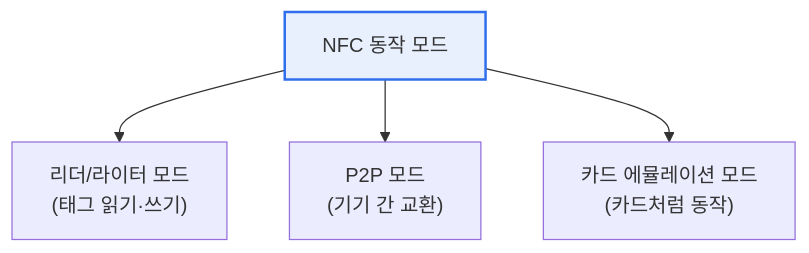
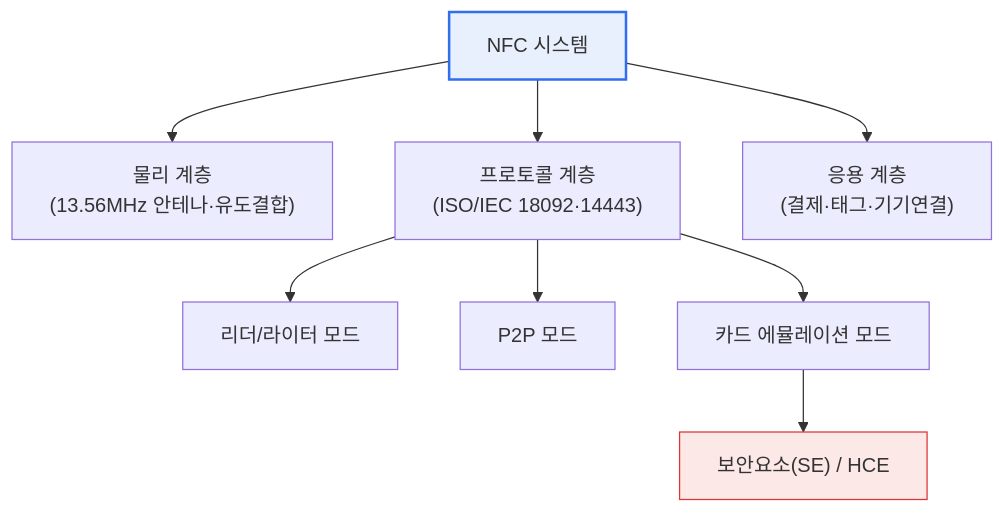
The first of 2 diagrams in content/nfc.md (coninggu/wjdqhrhksflrltnftk), drawn with Mermaid before and after one commit. The commit also changed other lines of this file and 3 other files, not shown here.

````diff
--- a/content/nfc.md
+++ b/content/nfc.md
@@ -15,7 +26,12 @@
 ```mermaid
 flowchart TB
-  N[NFC 동작 모드] --> R["리더/라이터 모드<br/>(태그 읽기·쓰기)"]
-  N --> P["P2P 모드<br/>(기기 간 교환)"]
-  N --> C["카드 에뮬레이션 모드<br/>(카드처럼 동작)"]
+  N["NFC 시스템"] --> HW["물리 계층<br/>(13.56MHz 안테나·유도결합)"]
+  N --> PR["프로토콜 계층<br/>(ISO/IEC 18092·14443)"]
+  N --> AP["응용 계층<br/>(결제·태그·기기연결)"]
+  PR --> M1["리더/라이터 모드"]
+  PR --> M2["P2P 모드"]
+  PR --> M3["카드 에뮬레이션 모드"]
+  M3 --> SE["보안요소(SE) / HCE"]
   style N fill:#e8f0fe,stroke:#2f6fed,stroke-width:2px
+  style SE fill:#fde8e8,stroke:#d33,stroke-width:1px
 ```
````
